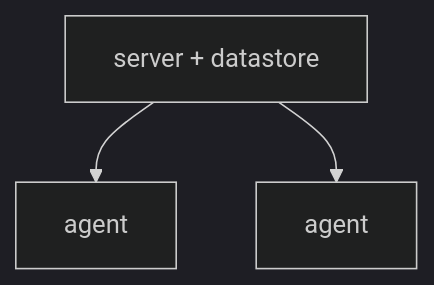
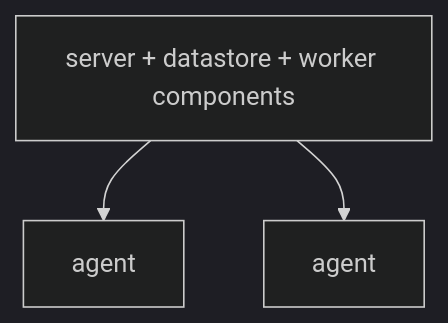
The third of 5 diagrams in docs/k3s/architecture.md (VictorRoshchin/Proxmox-k3s-cluster), drawn with Mermaid (dark theme) before and after one commit. The commit also changed other lines of this file and 9 other files, not shown here.

````diff
--- a/docs/k3s/architecture.md
+++ b/docs/k3s/architecture.md
@@ -97,5 +316,5 @@
 ```mermaid
 graph TD
-    S1[server + datastore] --> A1[agent]
+    S1[server + datastore + worker components] --> A1[agent]
     S1 --> A2[agent]
 ```
````
